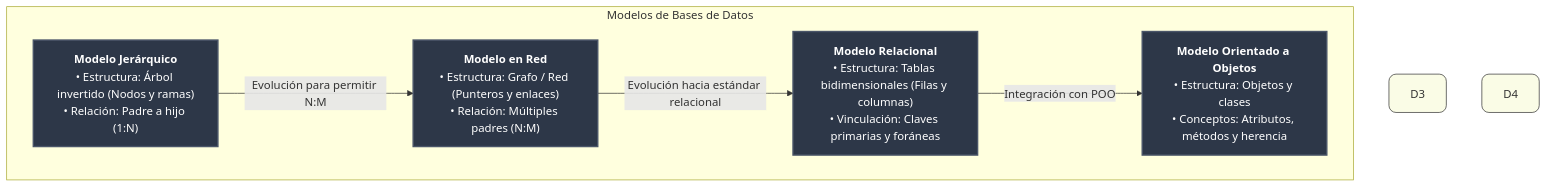
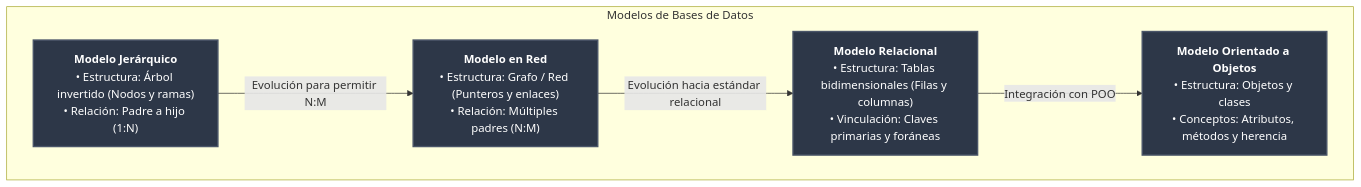
The second of 2 diagrams in unidad 1/tarea 1.1/README.md (sergi000flores/fundamentos-de-base-de-datos), drawn with Mermaid before and after one commit.

Commit message:
Remove style definitions for D3 and D4
Removed style definitions for D3 and D4 in the README.

````diff
--- a/unidad 1/tarea 1.1/README.md
+++ b/unidad 1/tarea 1.1/README.md
@@ -36,21 +36,20 @@
 ```mermaid
 graph TD
     %% Estilos de los nodos
     classDef modelStyle fill:#2d3748,stroke:#4a5568,stroke-width:2px,color:#fff;
     classDef descStyle fill:#1a202c,stroke:#2d3748,stroke-width:1px,color:#e2e8f0;
 
     %% Nodos principales de la tabla
     subgraph Modelos de Bases de Datos
         H["<b>Modelo Jerárquico</b><br/>• Estructura: Árbol invertido (Nodos y ramas)<br/>• Relación: Padre a hijo (1:N)"]:::modelStyle
         N["<b>Modelo en Red</b><br/>• Estructura: Grafo / Red (Punteros y enlaces)<br/>• Relación: Múltiples padres (N:M)"]:::modelStyle
         R["<b>Modelo Relacional</b><br/>• Estructura: Tablas bidimensionales (Filas y columnas)<br/>• Vinculación: Claves primarias y foráneas"]:::modelStyle
         O["<b>Modelo Orientado a Objetos</b><br/>• Estructura: Objetos y clases<br/>• Conceptos: Atributos, métodos y herencia"]:::modelStyle
     end
 
     %% Flujo y evolución
     H -->|Evolución para permitir N:M| N
     N -->|Evolución hacia estándar relacional| R
     R -->|Integración con POO| O
-    style D3 fill:#FAFCE6,stroke:#333,stroke-width:1px,rx:10,ry:10,text-align:left
-    style D4 fill:#FAFCE6,stroke:#333,stroke-width:1px,rx:10,ry:10,text-align:left
+    
 ```
````
